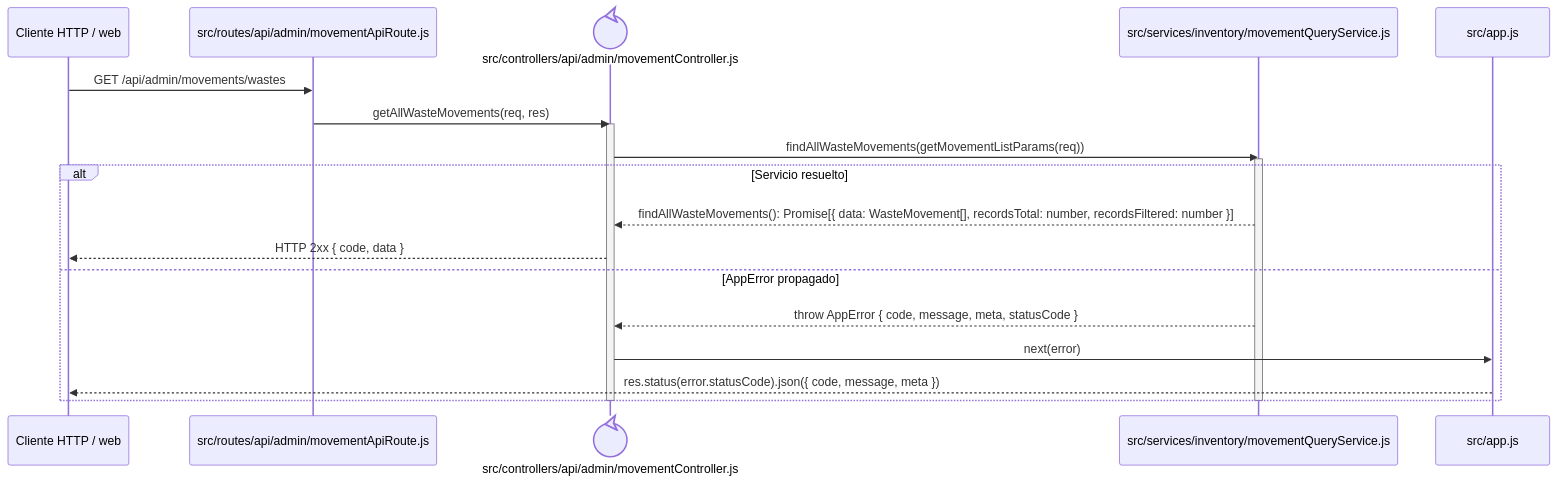
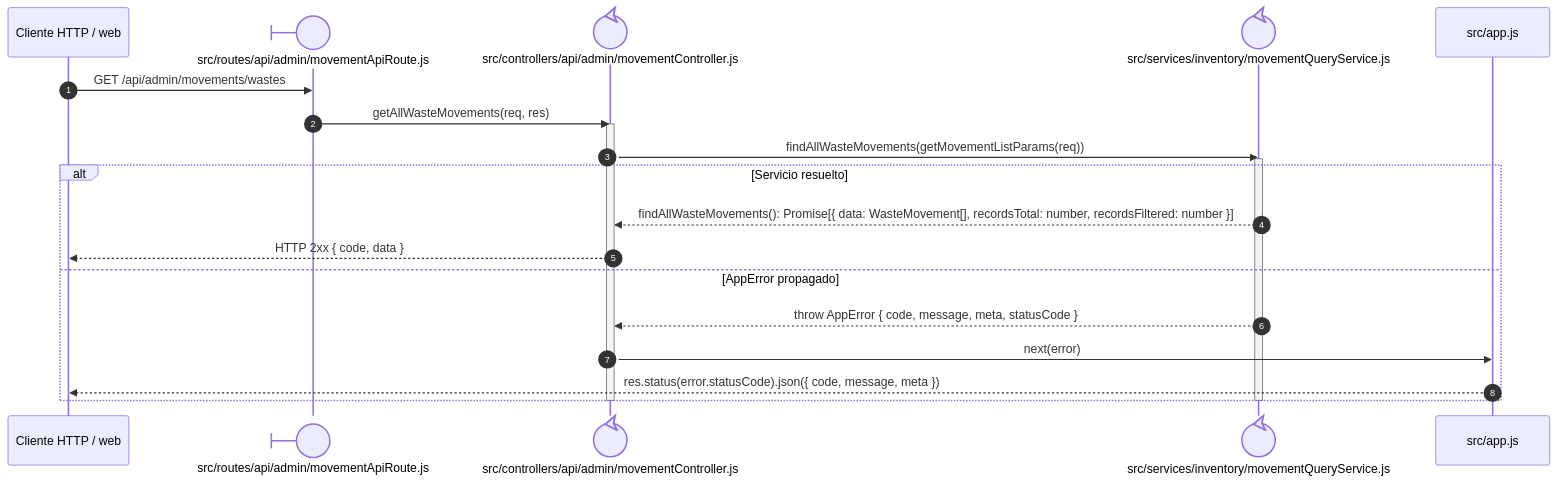
Before and after one commit to gpgsistemas01/nexus: the diagram in docs/architecture/views/processes/backend-code-sequences/catalogs/cu-alm-15.md, drawn with Mermaid. The commit also changed 198 other files, not shown here.

Commit message:
docs: mejorar notación UML y distribución de diagramas Mermaid

````diff
--- a/docs/architecture/views/processes/backend-code-sequences/catalogs/cu-alm-15.md
+++ b/docs/architecture/views/processes/backend-code-sequences/catalogs/cu-alm-15.md
@@ -6,24 +6,25 @@
 ```mermaid
 sequenceDiagram
+    autonumber
     participant Client as Cliente HTTP / web
-    participant Route as src/routes/api/admin/movementApiRoute.js
+    participant Route@{ "type": "boundary" } as src/routes/api/admin/movementApiRoute.js
     participant Controller@{ "type": "control" } as src/controllers/api/admin/movementController.js
-    participant Domain as src/services/inventory/movementQueryService.js
+    participant Domain@{ "type": "control" } as src/services/inventory/movementQueryService.js
     participant ErrorHandler as src/app.js
 
     Client->>Route: GET /api/admin/movements/wastes
     Route->>Controller: getAllWasteMovements(req, res)
     activate Controller
     Controller->>Domain: findAllWasteMovements(getMovementListParams(req))
     activate Domain
     alt Servicio resuelto
         Domain-->>Controller: findAllWasteMovements(): Promise[{ data: WasteMovement[], recordsTotal: number, recordsFiltered: number }]
         Controller-->>Client: HTTP 2xx { code, data }
     else AppError propagado
         Domain-->>Controller: throw AppError { code, message, meta, statusCode }
         Controller->>ErrorHandler: next(error)
         ErrorHandler-->>Client: res.status(error.statusCode).json({ code, message, meta })
     end
     deactivate Domain
     deactivate Controller
 ```
````
